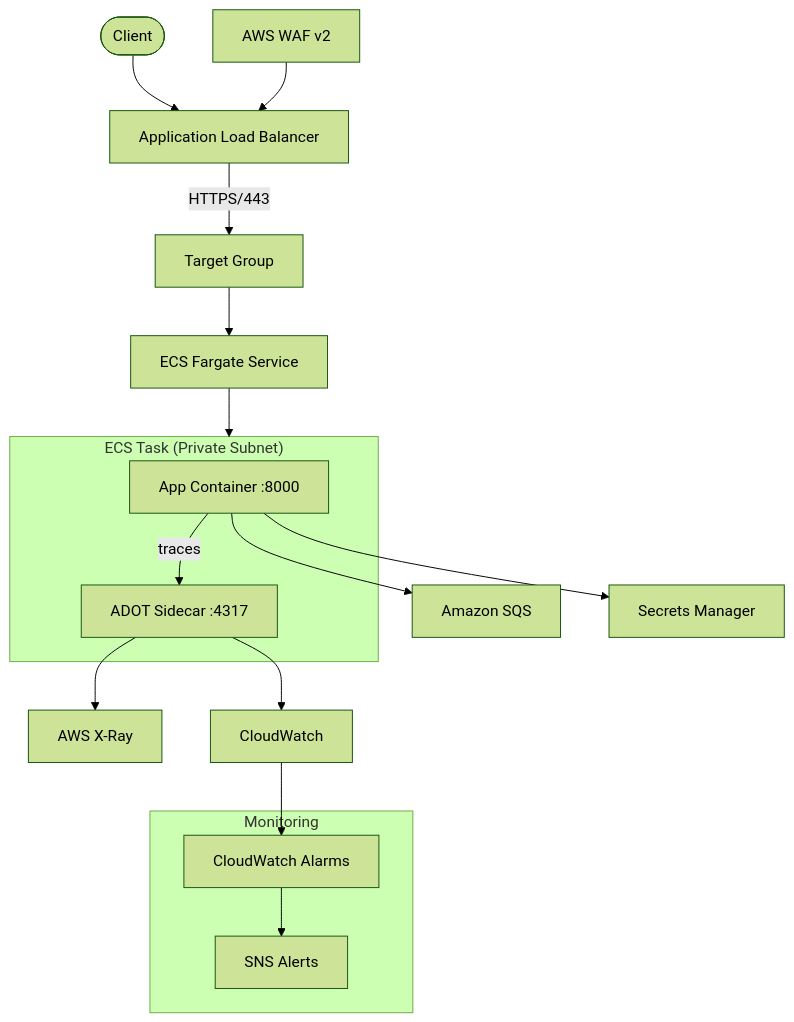
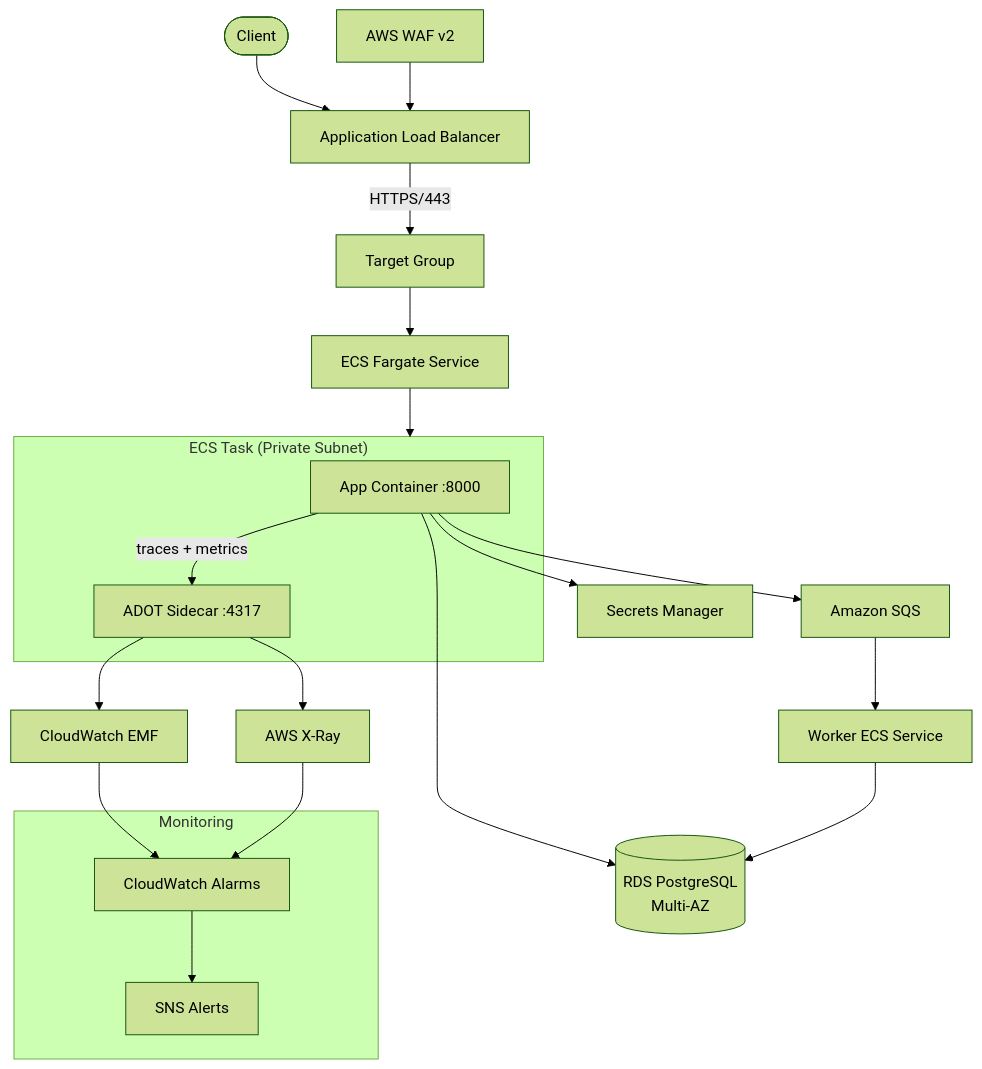
The diagram in docs/architecture.md (Moiz-Ali-Moomin/enterprise-aws-platform), drawn with Mermaid (forest theme) before and after one commit. The commit also changed other lines of this file and 49 other files, not shown here.

````diff
--- a/docs/architecture.md
+++ b/docs/architecture.md
@@ -11,27 +184,31 @@
 ```mermaid
 graph TD
     User([Client]) --> ALB[Application Load Balancer]
     WAF[AWS WAF v2] --> ALB
     ALB -->|HTTPS/443| TG[Target Group]
     TG --> ECS[ECS Fargate Service]
 
     subgraph ECS_Task ["ECS Task (Private Subnet)"]
         App[App Container :8000]
         ADOT[ADOT Sidecar :4317]
-        App -->|traces| ADOT
+        App -->|traces + metrics| ADOT
     end
 
     ECS --> ECS_Task
     ADOT --> XRay[AWS X-Ray]
-    ADOT --> CW[CloudWatch]
+    ADOT --> CW[CloudWatch EMF]
     App --> SQS[Amazon SQS]
+    SQS --> Worker[Worker ECS Service]
+    App --> RDS[(RDS PostgreSQL\nMulti-AZ)]
+    Worker --> RDS
     App --> SM[Secrets Manager]
 
     subgraph Monitoring
         CWAlarms[CloudWatch Alarms]
         SNS[SNS Alerts]
         CWAlarms --> SNS
     end
 
     CW --> CWAlarms
+    XRay --> CWAlarms
 ```
````
